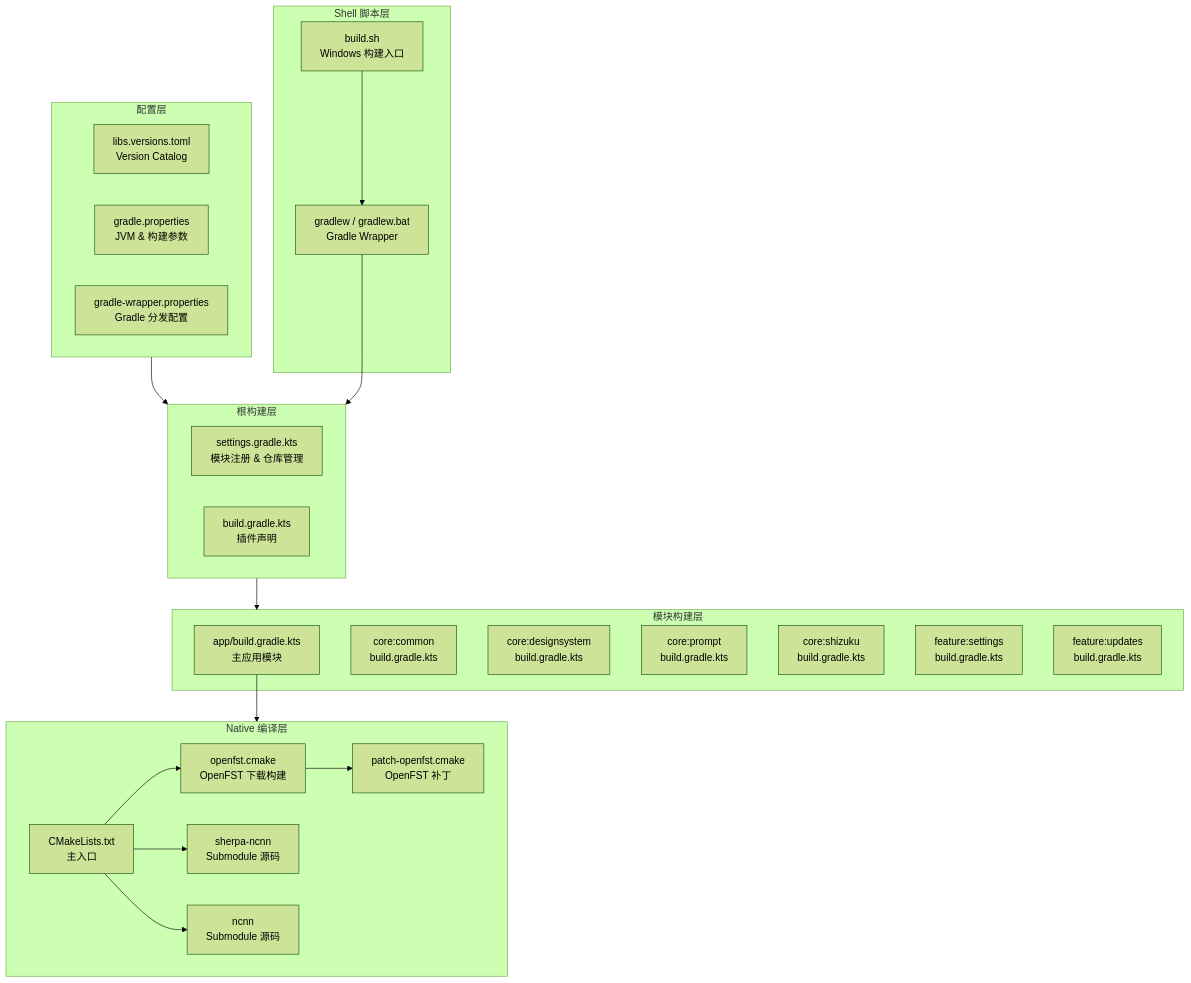
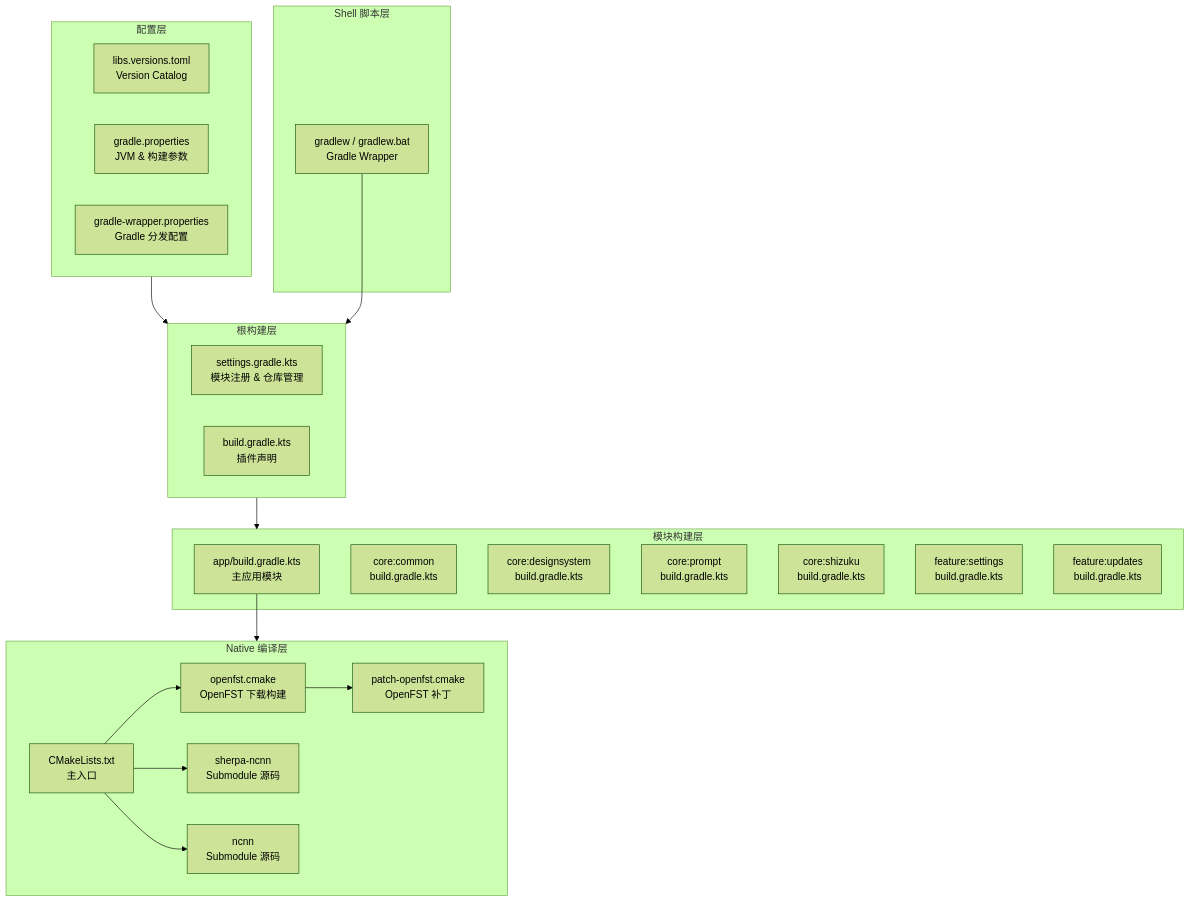
Before and after one commit to ZG0704666/Aries-AI: the first of 4 diagrams in Aries-site/docs/开发规范与工具/构建脚本与工具链.md, drawn with Mermaid (forest theme). The commit also changed other lines of this file and 118 other files, not shown here.

````diff
--- a/Aries-site/docs/开发规范与工具/构建脚本与工具链.md
+++ b/Aries-site/docs/开发规范与工具/构建脚本与工具链.md
@@ -24,46 +24,44 @@
 ```mermaid
 flowchart TD
     subgraph Config["配置层"]
         TOML["libs.versions.toml<br/>Version Catalog"]
         GP["gradle.properties<br/>JVM & 构建参数"]
         GW["gradle-wrapper.properties<br/>Gradle 分发配置"]
     end
 
     subgraph Root["根构建层"]
         SETTINGS["settings.gradle.kts<br/>模块注册 & 仓库管理"]
         ROOT_BUILD["build.gradle.kts<br/>插件声明"]
     end
 
     subgraph Modules["模块构建层"]
         APP["app/build.gradle.kts<br/>主应用模块"]
         CORE_COMMON["core:common<br/>build.gradle.kts"]
         CORE_DS["core:designsystem<br/>build.gradle.kts"]
         CORE_PROMPT["core:prompt<br/>build.gradle.kts"]
         CORE_SHIZUKU["core:shizuku<br/>build.gradle.kts"]
         FEAT_SETTINGS["feature:settings<br/>build.gradle.kts"]
         FEAT_UPDATES["feature:updates<br/>build.gradle.kts"]
     end
 
     subgraph Native["Native 编译层"]
         CMAKE["CMakeLists.txt<br/>主入口"]
         OPENFST["openfst.cmake<br/>OpenFST 下载构建"]
         PATCH["patch-openfst.cmake<br/>OpenFST 补丁"]
         SHERPA["sherpa-ncnn<br/>Submodule 源码"]
         NCNN["ncnn<br/>Submodule 源码"]
     end
 
     subgraph Shell["Shell 脚本层"]
-        BUILD_SH["build.sh<br/>Windows 构建入口"]
         GRADLEW["gradlew / gradlew.bat<br/>Gradle Wrapper"]
     end
 
     Config --> Root
     Root --> Modules
     APP --> Native
     CMAKE --> OPENFST
     OPENFST --> PATCH
     CMAKE --> SHERPA
     CMAKE --> NCNN
-    BUILD_SH --> GRADLEW
     GRADLEW --> Root
 ```
````
